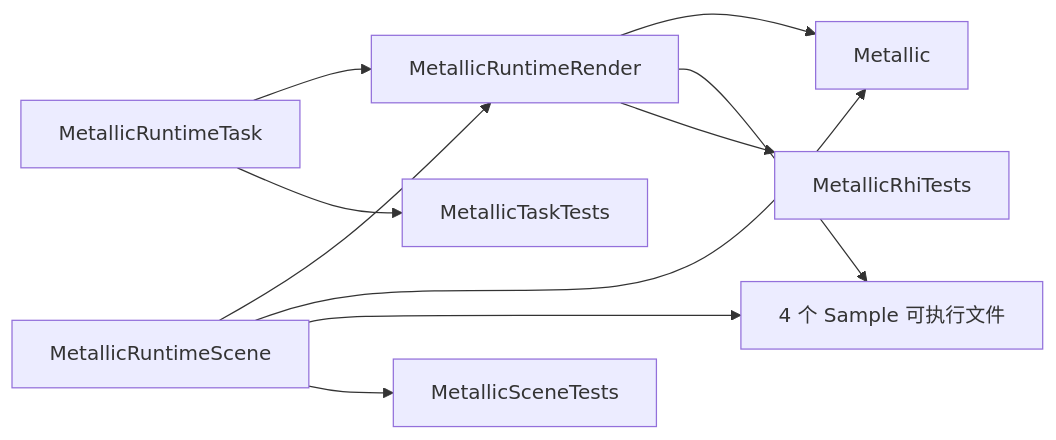
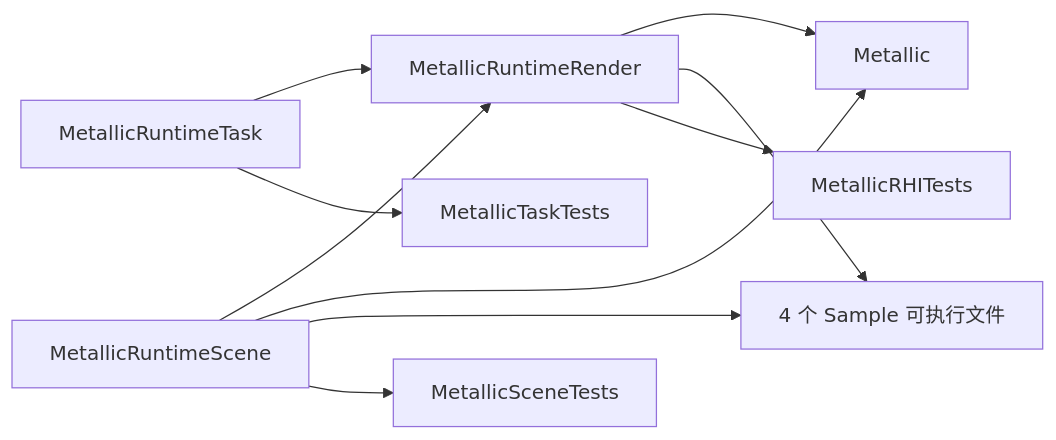
Before and after one commit to af8a2a/metallic: the second of 4 diagrams in Documentation/ProjectArchitecture.md, drawn with Mermaid. The commit also changed other lines of this file and 583 other files, not shown here.

````diff
--- a/Documentation/ProjectArchitecture.md
+++ b/Documentation/ProjectArchitecture.md
@@ -93,21 +93,21 @@
 ```mermaid
 flowchart LR
     TaskLib["MetallicRuntimeTask"]
     SceneLib["MetallicRuntimeScene"]
     RenderLib["MetallicRuntimeRender"]
     EditorExe["Metallic"]
     Samples["4 个 Sample 可执行文件"]
     TaskTests["MetallicTaskTests"]
     SceneTests["MetallicSceneTests"]
-    RhiTests["MetallicRhiTests"]
+    RhiTests["MetallicRHITests"]
 
     TaskLib --> RenderLib
     SceneLib --> RenderLib
     RenderLib --> EditorExe
     SceneLib --> EditorExe
     RenderLib --> Samples
     SceneLib --> Samples
     TaskLib --> TaskTests
     SceneLib --> SceneTests
     RenderLib --> RhiTests
 ```
````
